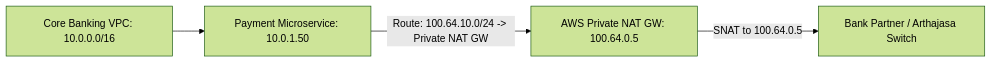
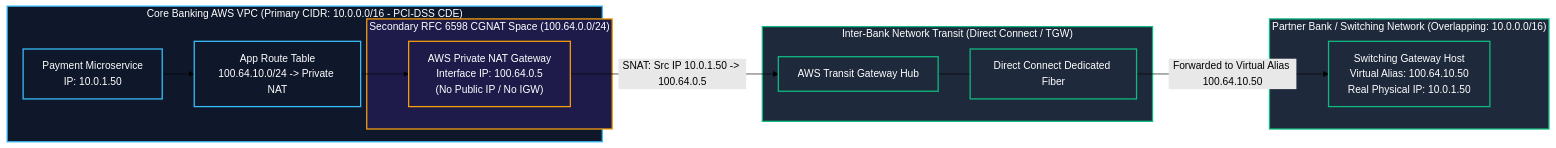
Before and after one commit to robertusnegoro/cloud-network-learning-materials: the diagram in docs/labs/04-financial-partner-private-nat.md, drawn with Mermaid (forest theme). The commit also changed other lines of this file and 7 other files, not shown here.

````diff
--- a/docs/labs/04-financial-partner-private-nat.md
+++ b/docs/labs/04-financial-partner-private-nat.md
@@ -16,6 +16,34 @@
 ```mermaid
 graph LR
-    CoreBanking[Core Banking VPC: 10.0.0.0/16] --> SubApp[Payment Microservice: 10.0.1.50]
-    SubApp -->|Route: 100.64.10.0/24 -> Private NAT GW| PrivNAT[AWS Private NAT GW: 100.64.0.5]
-    PrivNAT -->|SNAT to 100.64.0.5| PartnerSwitch[Bank Partner / Arthajasa Switch]
+    subgraph CoreBankingVPC["Core Banking AWS VPC (Primary CIDR: 10.0.0.0/16 - PCI-DSS CDE)"]
+        PaymentApp["Payment Microservice<br/>IP: 10.0.1.50"]
+        AppRT["App Route Table<br/>100.64.10.0/24 -> Private NAT"]
+        
+        subgraph CGNATPool["Secondary RFC 6598 CGNAT Space (100.64.0.0/24)"]
+            PrivNAT["AWS Private NAT Gateway<br/>Interface IP: 100.64.0.5<br/>(No Public IP / No IGW)"]
+        end
+        
+        PaymentApp --> AppRT
+        AppRT --> PrivNAT
+    end
+
+    subgraph HybridTransit["Inter-Bank Network Transit (Direct Connect / TGW)"]
+        TGW["AWS Transit Gateway Hub"]
+        DX["Direct Connect Dedicated Fiber"]
+        TGW --- DX
+    end
+
+    subgraph BankPartner["Partner Bank / Switching Network (Overlapping: 10.0.0.0/16)"]
+        PartnerSwitch["Switching Gateway Host<br/>Virtual Alias: 100.64.10.50<br/>Real Physical IP: 10.0.1.50"]
+    end
+
+    PrivNAT -->|"SNAT: Src IP 10.0.1.50 -> 100.64.0.5"| TGW
+    DX -->|"Forwarded to Virtual Alias 100.64.10.50"| PartnerSwitch
+
+    classDef aws fill:#0f172a,stroke:#38bdf8,stroke-width:2px,color:#fff;
+    classDef nat fill:#1e1b4b,stroke:#f59e0b,stroke-width:2px,color:#fff;
+    classDef partner fill:#1e293b,stroke:#10b981,stroke-width:2px,color:#fff;
+    class CoreBankingVPC,PaymentApp,AppRT aws;
+    class CGNATPool,PrivNAT nat;
+    class HybridTransit,TGW,DX,BankPartner,PartnerSwitch partner;
 ```
````
